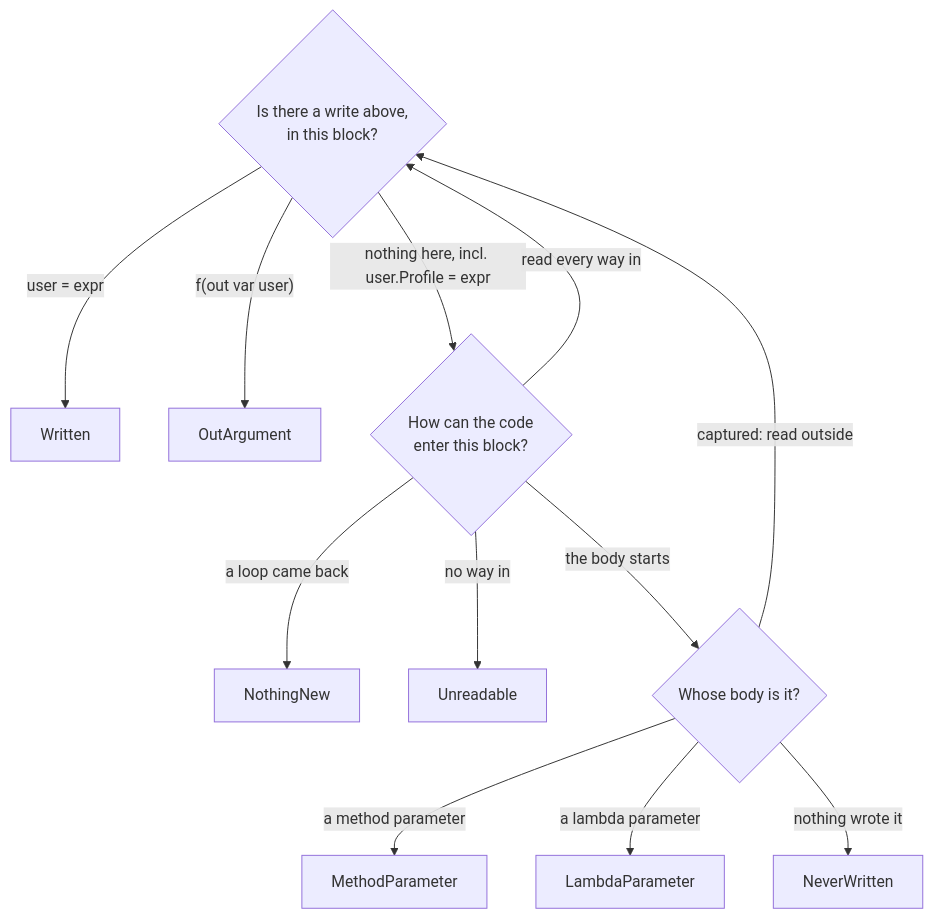
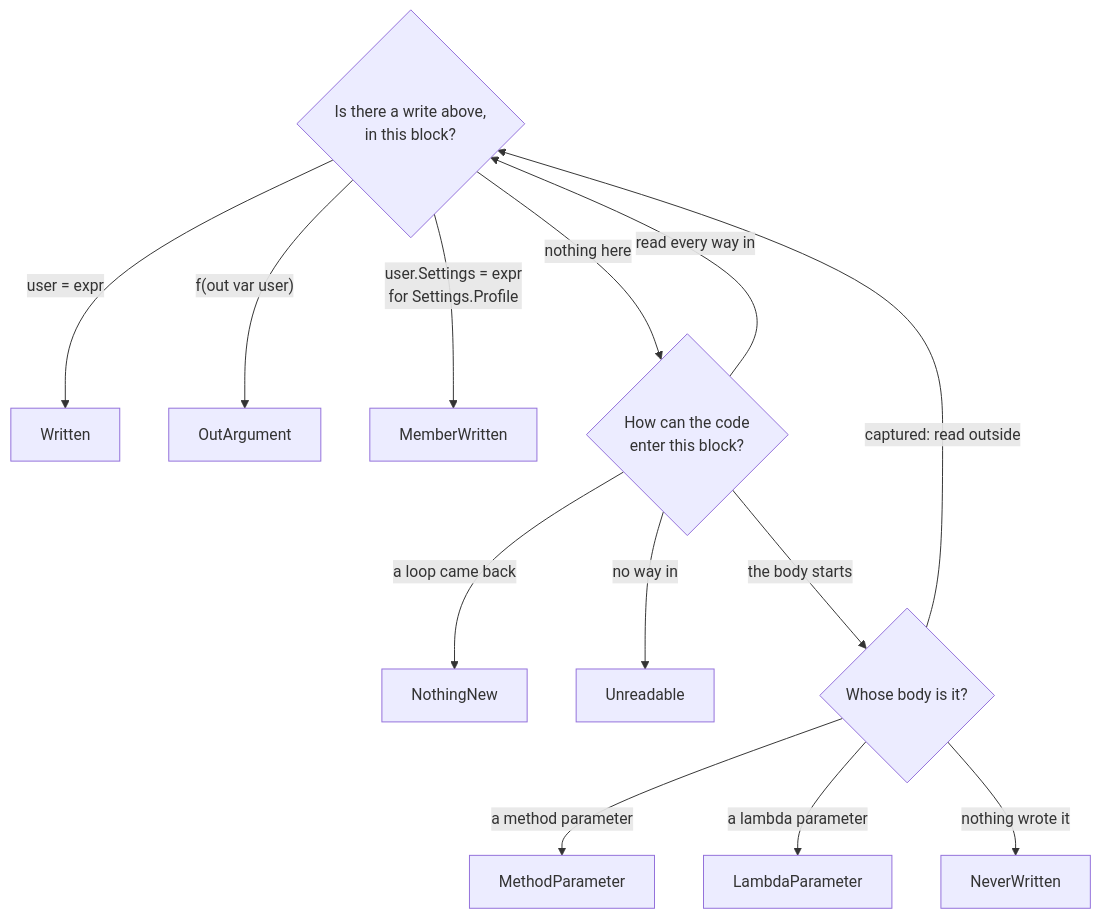
The second of 2 diagrams in src/Saritasa.Tools.CodeAnalyzers/Analyzers/NavigationInclude/README.md (saritasa-nest/saritasa-dotnet-tools), drawn with Mermaid before and after one commit. The commit also changed other lines of this file and 6 other files, not shown here.

````diff
--- a/src/Saritasa.Tools.CodeAnalyzers/Analyzers/NavigationInclude/README.md
+++ b/src/Saritasa.Tools.CodeAnalyzers/Analyzers/NavigationInclude/README.md
@@ -241,20 +244,21 @@
 ```mermaid
 flowchart TD
     BLOCK{"Is there a write above,<br/>in this block?"}
     WAYSIN{"How can the code<br/>enter this block?"}
     BODY{"Whose body is it?"}
 
     BLOCK -->|"user = expr"| WRITTEN["Written"]
     BLOCK -->|"f(out var user)"| OUT["OutArgument"]
-    BLOCK -->|"nothing here, incl. user.Profile = expr"| WAYSIN
+    BLOCK -->|"user.Settings = expr<br/>for Settings.Profile"| MEMBER["MemberWritten"]
+    BLOCK -->|"nothing here"| WAYSIN
 
     WAYSIN -->|"read every way in"| BLOCK
     WAYSIN -->|"a loop came back"| NOTHING["NothingNew"]
     WAYSIN -->|"no way in"| UNREADABLE["Unreadable"]
     WAYSIN -->|"the body starts"| BODY
 
     BODY -->|"a method parameter"| PARAMETER["MethodParameter"]
     BODY -->|"a lambda parameter"| LAMBDA["LambdaParameter"]
     BODY -->|"captured: read outside"| BLOCK
     BODY -->|"nothing wrote it"| NEVER["NeverWritten"]
 ```
````
